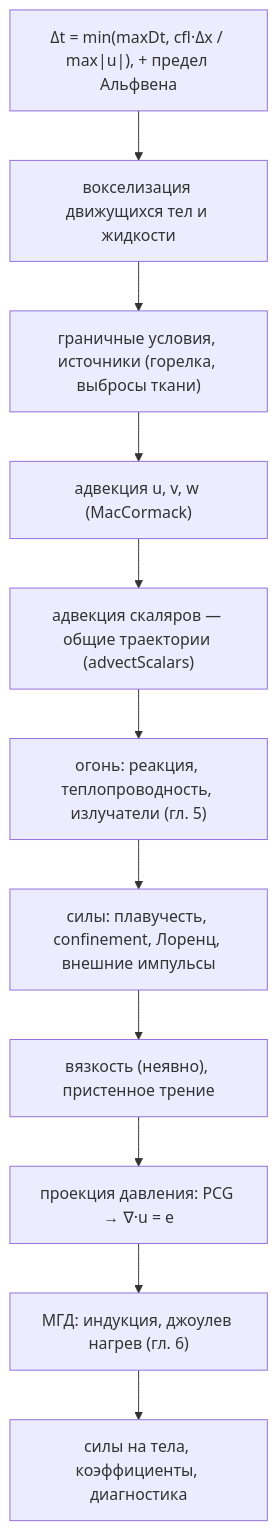
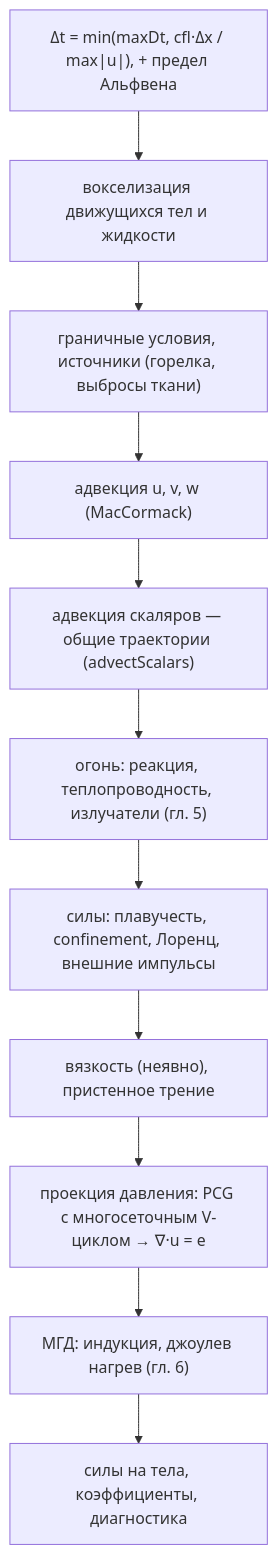
The diagram in docs/04-gas-navier-stokes.md (werasaimon/phys_realflow), drawn with Mermaid before and after one commit. The commit also changed other lines of this file and 145 other files, not shown here.

````diff
--- a/docs/04-gas-navier-stokes.md
+++ b/docs/04-gas-navier-stokes.md
@@ -30,13 +68,13 @@
 ```mermaid
 flowchart TB
     A["Δt = min(maxDt, cfl·Δx / max|u|), + предел Альфвена"] --> B["вокселизация движущихся тел и жидкости"]
     B --> C["граничные условия, источники (горелка, выбросы ткани)"]
     C --> D["адвекция u, v, w (MacCormack)"]
     D --> E["адвекция скаляров — общие траектории (advectScalars)"]
     E --> F["огонь: реакция, теплопроводность, излучатели (гл. 5)"]
     F --> G["силы: плавучесть, confinement, Лоренц, внешние импульсы"]
     G --> H["вязкость (неявно), пристенное трение"]
-    H --> I["проекция давления: PCG → ∇·u = e"]
+    H --> I["проекция давления: PCG с многосеточным V-циклом → ∇·u = e"]
     I --> J["МГД: индукция, джоулев нагрев (гл. 6)"]
     J --> K["силы на тела, коэффициенты, диагностика"]
 ```
````
